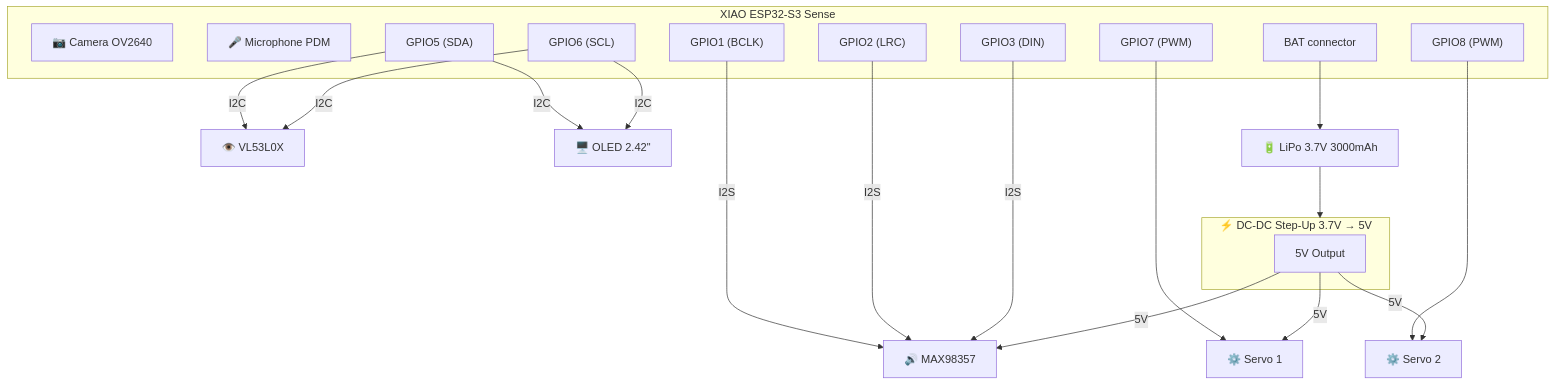
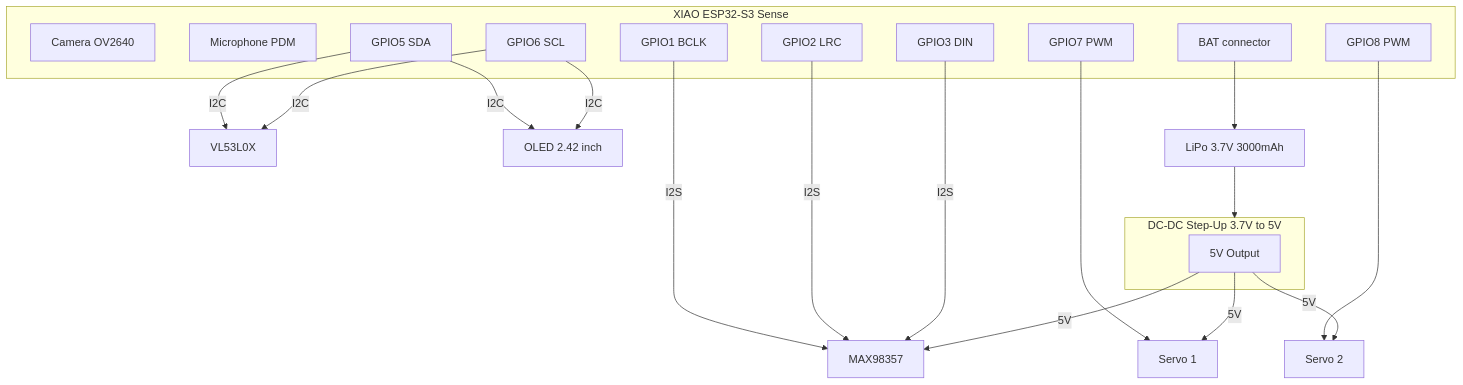
Before and after one commit to zabbix-byte/real-tars: the seventh of 8 diagrams in README.md, drawn with Mermaid. The commit also changed other lines of this file and 2 other files, not shown here.

Commit message:
refactor: update architecture diagrams and component descriptions in README files

````diff
--- a/README.md
+++ b/README.md
@@ -531,42 +533,42 @@
 ```mermaid
 graph TB
     subgraph ESP["XIAO ESP32-S3 Sense"]
-        CAM["📷 Camera OV2640"]
-        MIC["🎤 Microphone PDM"]
-        SDA["GPIO5 (SDA)"]
-        SCL["GPIO6 (SCL)"]
-        BCLK["GPIO1 (BCLK)"]
-        LRC["GPIO2 (LRC)"]
-        DIN["GPIO3 (DIN)"]
-        PWM1["GPIO7 (PWM)"]
-        PWM2["GPIO8 (PWM)"]
+        CAM["Camera OV2640"]
+        MIC["Microphone PDM"]
+        SDA["GPIO5 SDA"]
+        SCL["GPIO6 SCL"]
+        BCLK["GPIO1 BCLK"]
+        LRC["GPIO2 LRC"]
+        DIN["GPIO3 DIN"]
+        PWM1["GPIO7 PWM"]
+        PWM2["GPIO8 PWM"]
         BATC["BAT connector"]
     end
 
-    VL["👁️ VL53L0X"]
-    OLED["🖥️ OLED 2.42&quot;"]
-    AMP["🔊 MAX98357"]
-    SRV1["⚙️ Servo 1"]
-    SRV2["⚙️ Servo 2"]
-    BATT["🔋 LiPo 3.7V 3000mAh"]
+    VL["VL53L0X"]
+    OLED["OLED 2.42 inch"]
+    AMP["MAX98357"]
+    SRV1["Servo 1"]
+    SRV2["Servo 2"]
+    BATT["LiPo 3.7V 3000mAh"]
 
     SDA -->|"I2C"| VL
     SDA -->|"I2C"| OLED
     SCL -->|"I2C"| VL
     SCL -->|"I2C"| OLED
     BCLK -->|"I2S"| AMP
     LRC -->|"I2S"| AMP
     DIN -->|"I2S"| AMP
     PWM1 --> SRV1
     PWM2 --> SRV2
     BATC --> BATT
 
-    subgraph POWER["⚡ DC-DC Step-Up 3.7V → 5V"]
+    subgraph POWER["DC-DC Step-Up 3.7V to 5V"]
         P5V["5V Output"]
     end
 
     BATT --> POWER
     P5V -->|"5V"| SRV1
     P5V -->|"5V"| SRV2
     P5V -->|"5V"| AMP
 ```
````
